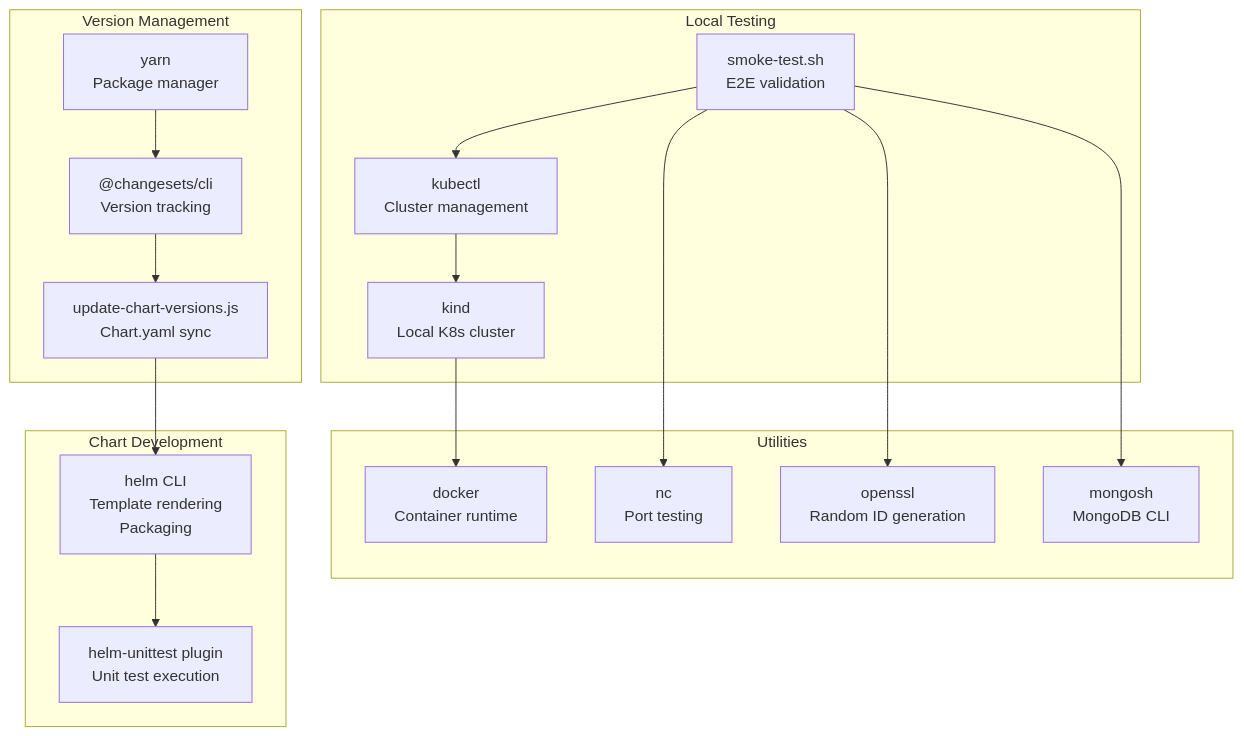
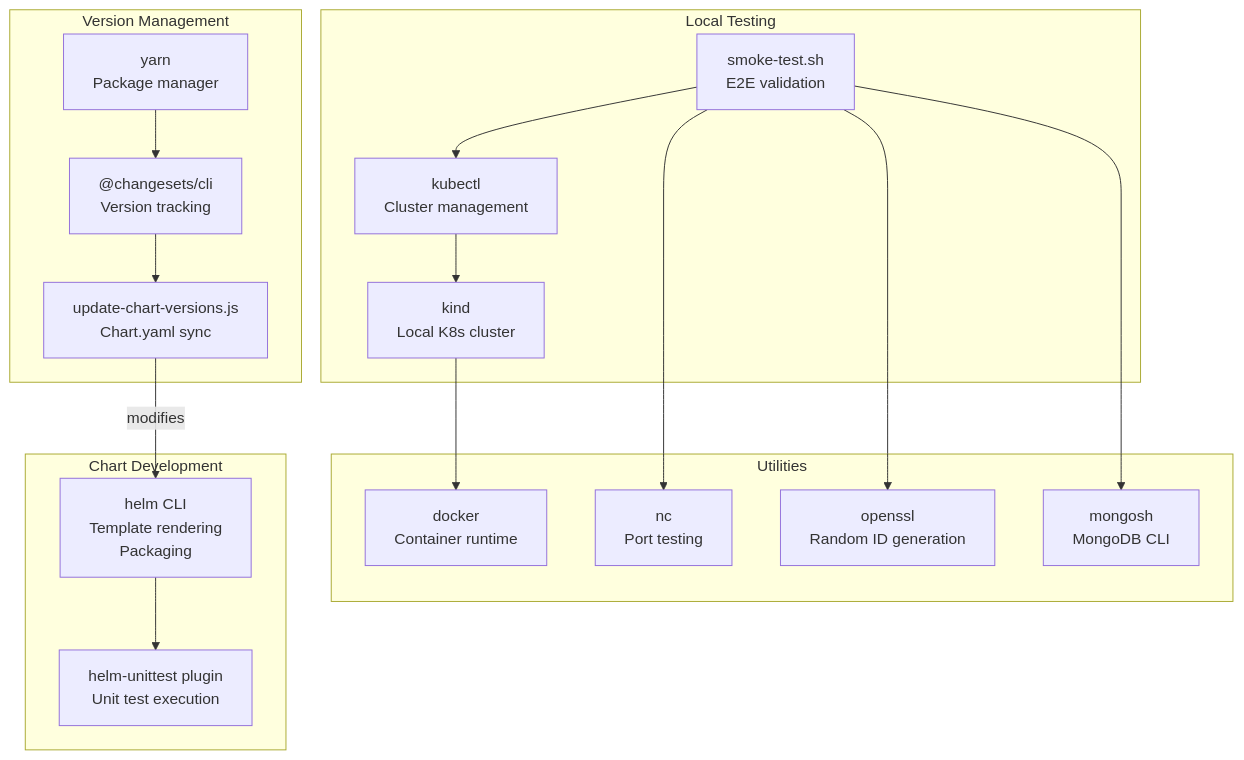
Before and after one commit to openchoreo/openchoreo: the third of 4 diagrams in docs/hyperdxio-helm-charts-docs/Development-Setup.md, drawn with Mermaid. The commit also changed other lines of this file and 85 other files, not shown here.

Commit message:
feat: Add new workflow and specification templates, update Helm chart dependencies, and clarify documentation diagrams.

````diff
--- a/docs/hyperdxio-helm-charts-docs/Development-Setup.md
+++ b/docs/hyperdxio-helm-charts-docs/Development-Setup.md
@@ -463,51 +463,51 @@
 ```mermaid
 flowchart TD
 
 HelmCLI["helm CLI<br>Template rendering<br>Packaging"]
 HelmUnittest["helm-unittest plugin<br>Unit test execution"]
 YarnCLI["yarn<br>Package manager"]
 ChangesetsCLI["@changesets/cli<br>Version tracking"]
 UpdateScript["update-chart-versions.js<br>Chart.yaml sync"]
 KindCLI["kind<br>Local K8s cluster"]
 KubectlCLI["kubectl<br>Cluster management"]
 SmokeTestScript["smoke-test.sh<br>E2E validation"]
 Docker["docker<br>Container runtime"]
 NetcatUtil["nc<br>Port testing"]
 OpensslUtil["openssl<br>Random ID generation"]
 MongoshUtil["mongosh<br>MongoDB CLI"]
 
-UpdateScript --> HelmCLI
+UpdateScript -->|"modifies"| HelmCLI
 KindCLI --> Docker
 SmokeTestScript --> NetcatUtil
 SmokeTestScript --> OpensslUtil
 SmokeTestScript --> MongoshUtil
 
 subgraph Utilities ["Utilities"]
     Docker
     NetcatUtil
     OpensslUtil
     MongoshUtil
 end
 
 subgraph subGraph2 ["Local Testing"]
     KindCLI
     KubectlCLI
     SmokeTestScript
     KubectlCLI --> KindCLI
     SmokeTestScript --> KubectlCLI
 end
 
 subgraph subGraph1 ["Version Management"]
     YarnCLI
     ChangesetsCLI
     UpdateScript
     YarnCLI --> ChangesetsCLI
     ChangesetsCLI --> UpdateScript
 end
 
 subgraph subGraph0 ["Chart Development"]
     HelmCLI
     HelmUnittest
     HelmCLI --> HelmUnittest
 end
 ```
````
